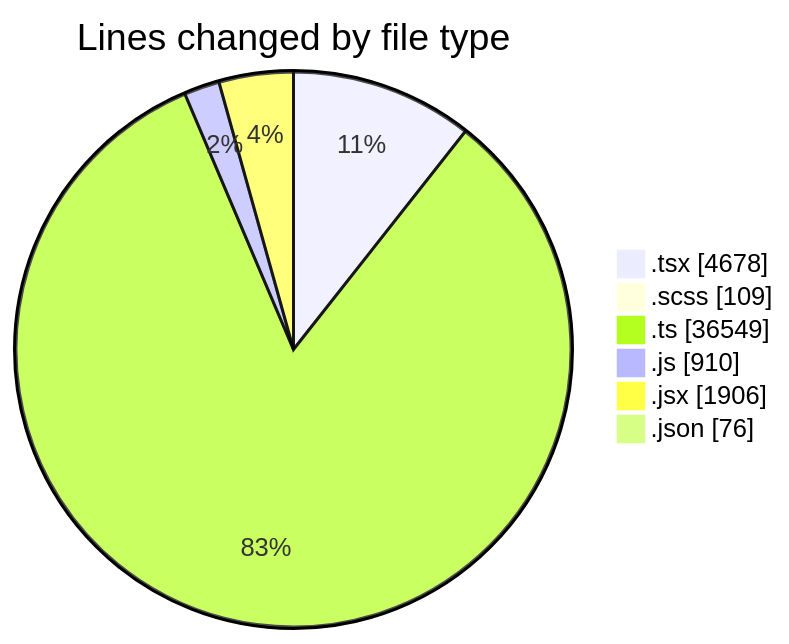
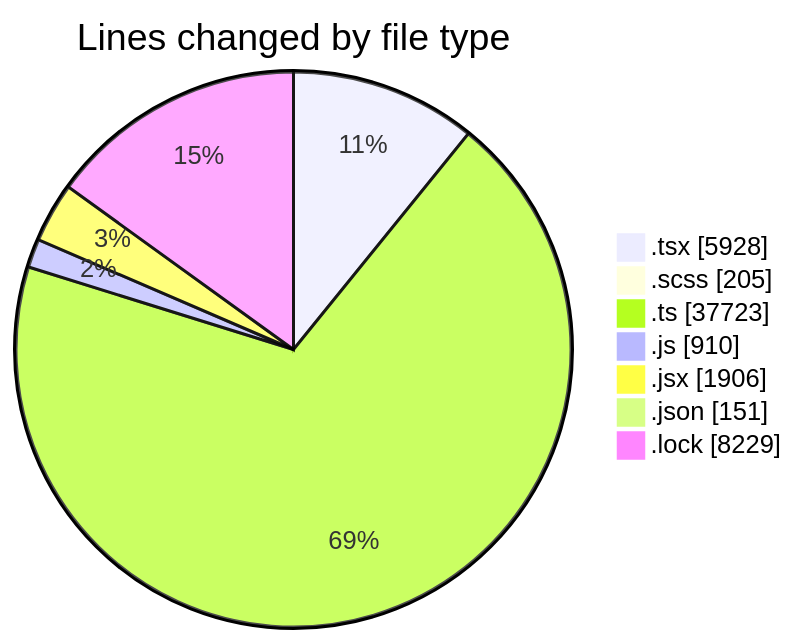
One commit to momahboobian/code-tracking changed the first of 2 diagrams in 2026-09-10/cda/README.md. Above: the diagram before and after it, drawn with Mermaid. The commit also changed other lines of this file and 1 other file, not shown here.

````diff
--- a/2026-09-10/cda/README.md
+++ b/2026-09-10/cda/README.md
@@ -77,10 +88,11 @@
 ```mermaid
 pie showData
 title Lines changed by file type
-".tsx" : 4678
-".scss" : 109
-".ts" : 36549
+".tsx" : 5928
+".scss" : 205
+".ts" : 37723
 ".js" : 910
 ".jsx" : 1906
-".json" : 76
+".json" : 151
+".lock" : 8229
 ```
````
